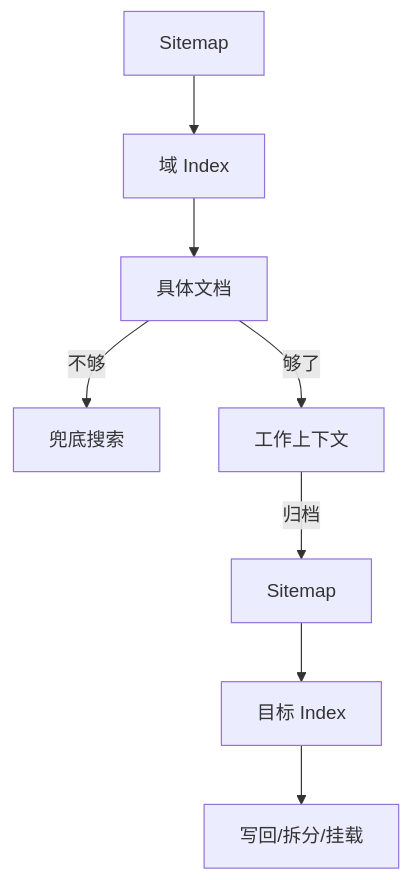
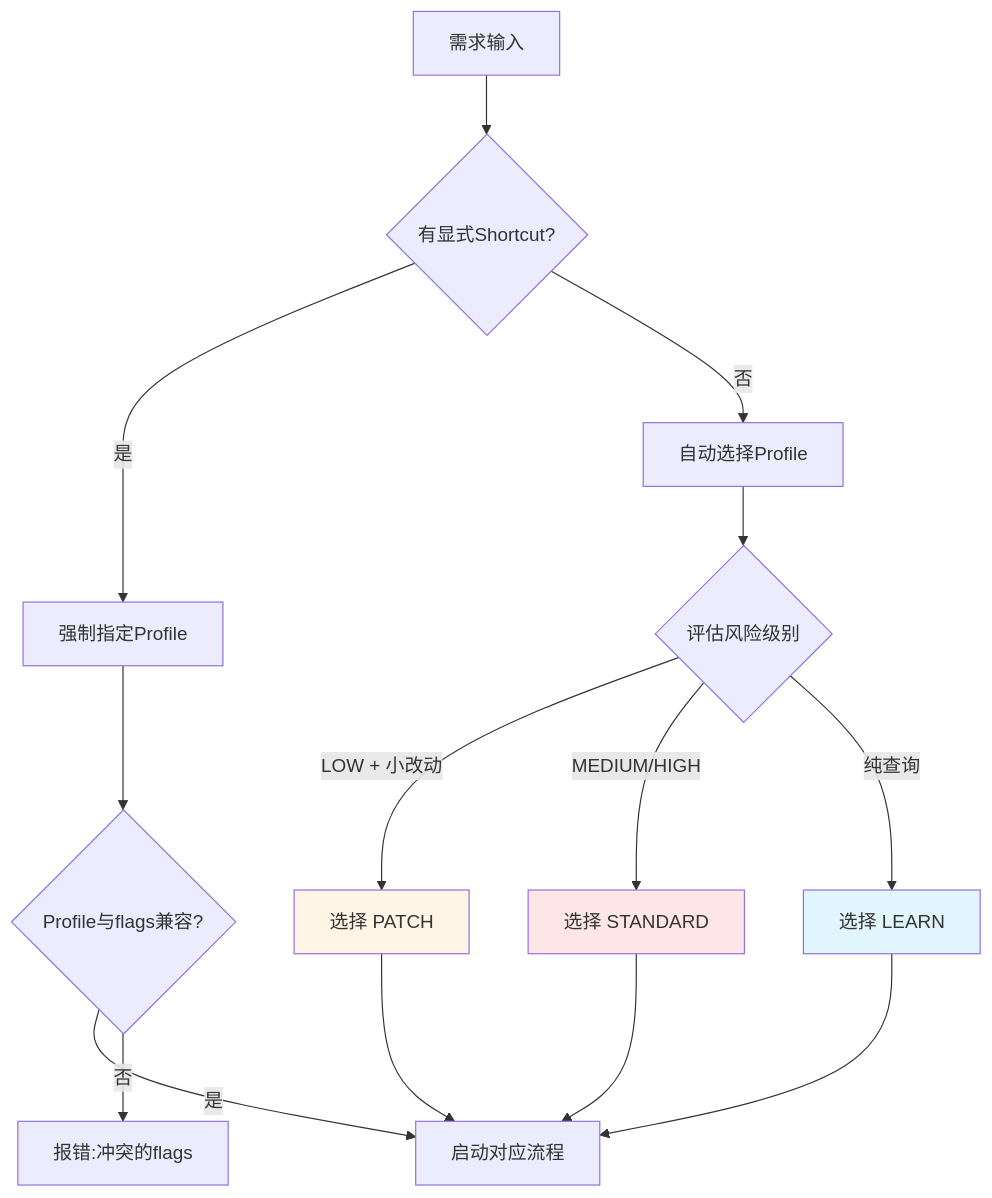
One commit to listener-He/java-harness-agent changed the sixth of 25 diagrams in ENGINEERING_MANUAL_zh.md. Above: the diagram before and after it, drawn with Mermaid. The commit also changed other lines of this file and 28 other files, not shown here.

````diff
--- a/ENGINEERING_MANUAL_zh.md
+++ b/ENGINEERING_MANUAL_zh.md
@@ -521,10 +892,23 @@
 ```mermaid
 flowchart TB
-  S[Sitemap] --> I1[域 Index]
-  I1 --> Doc[具体文档]
-  Doc -->|不够| Search[兜底搜索]
-  Doc -->|够了| Work[工作上下文]
-  Work -->|归档| BackS[Sitemap]
-  BackS --> BackI[目标 Index]
-  BackI --> Update[写回/拆分/挂载]
+    Input[需求输入] --> CheckShortcut{有显式Shortcut?}
+    CheckShortcut -->|是| ForceProfile[强制指定Profile]
+    CheckShortcut -->|否| AutoSelect[自动选择Profile]
+    
+    AutoSelect --> AssessRisk{评估风险级别}
+    AssessRisk -->|LOW + 小改动| SelectPatch[选择 PATCH]
+    AssessRisk -->|MEDIUM/HIGH| SelectStandard[选择 STANDARD]
+    AssessRisk -->|纯查询| SelectLearn[选择 LEARN]
+    
+    ForceProfile --> Validate{Profile与flags兼容?}
+    Validate -->|是| Launch[启动对应流程]
+    Validate -->|否| Error[报错:冲突的flags]
+    
+    SelectPatch --> Launch
+    SelectStandard --> Launch
+    SelectLearn --> Launch
+    
+    style SelectLearn fill:#e1f5ff
+    style SelectPatch fill:#fff4e6
+    style SelectStandard fill:#ffe6e6
 ```
````
